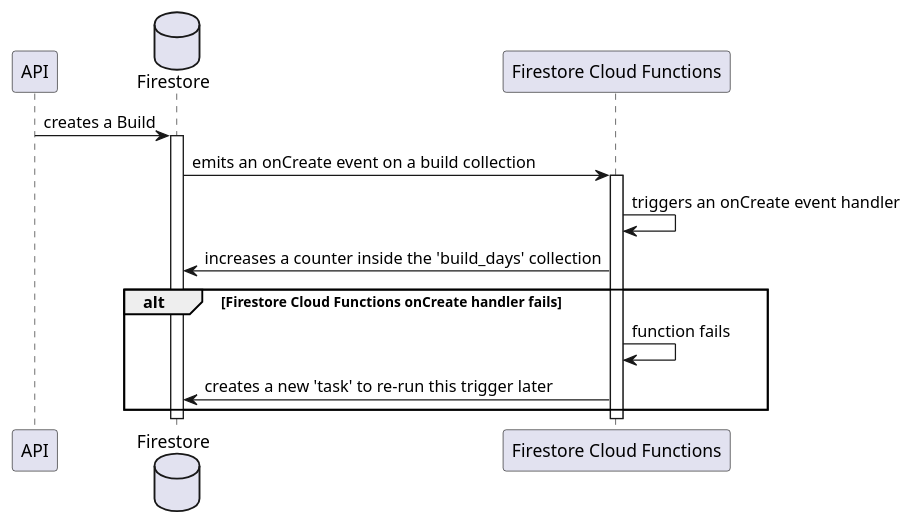
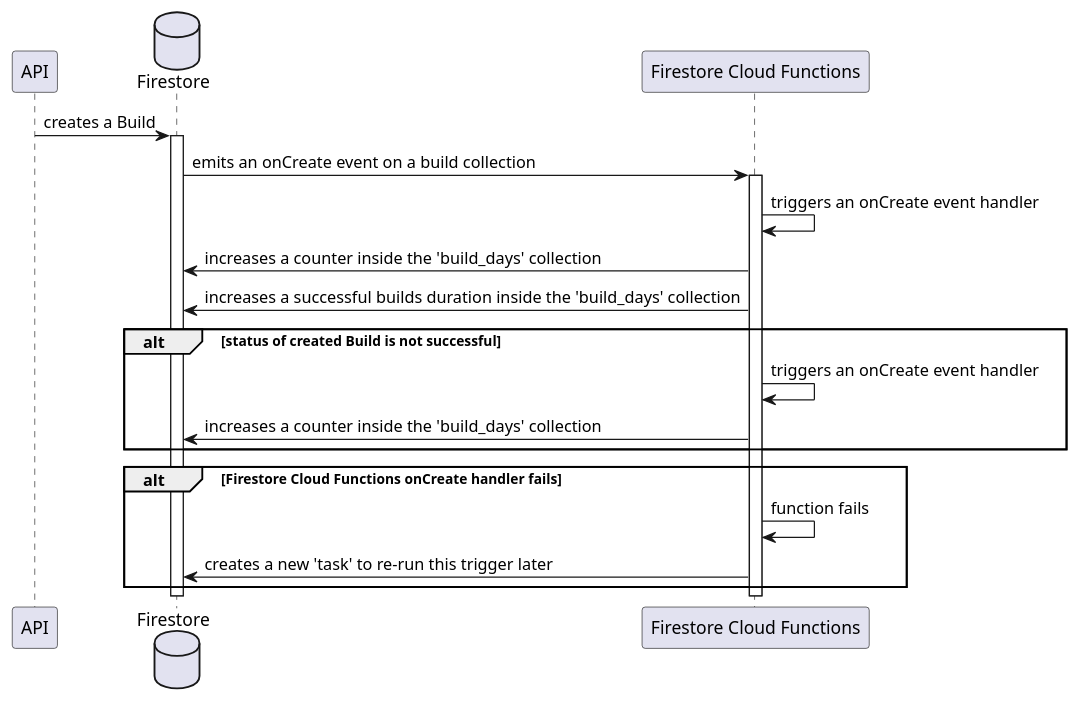
Before and after one commit to Flank/flank-dashboard: the diagram in metrics/firebase/docs/features/builds_aggregation/diagrams/firestore_create_builds_aggregation_sequence_diagram.puml, drawn with PlantUML. The commit also changed 2 other files, not shown here.

Commit message:
Update firestore builds aggregation design

```diff
--- a/metrics/firebase/docs/features/builds_aggregation/diagrams/firestore_create_builds_aggregation_sequence_diagram.puml
+++ b/metrics/firebase/docs/features/builds_aggregation/diagrams/firestore_create_builds_aggregation_sequence_diagram.puml
@@ -1,29 +1,35 @@
 @startuml firestore_create_builds_aggregation_sequence_diagram
     skinparam ParticipantPadding 20
     skinparam BoxPadding 10
 
     participant API
 
     database Firestore
 
     participant "Firestore Cloud Functions" as FCF
 
     API -> Firestore : creates a Build
     activate Firestore
 
     Firestore -> FCF : emits an onCreate event on a build collection
     activate FCF
 
     FCF -> FCF : triggers an onCreate event handler
     
     FCF -> Firestore : increases a counter inside the 'build_days' collection
+    FCF -> Firestore : increases a successful builds duration inside the 'build_days' collection
+
+    alt status of created Build is not successful
+        FCF -> FCF : triggers an onCreate event handler
+        FCF -> Firestore : increases a counter inside the 'build_days' collection
+    end
 
     alt Firestore Cloud Functions onCreate handler fails
         FCF -> FCF : function fails
         FCF -> Firestore : creates a new 'task' to re-run this trigger later
     end
 
     deactivate FCF
     deactivate Firestore
 
 @enduml
```
